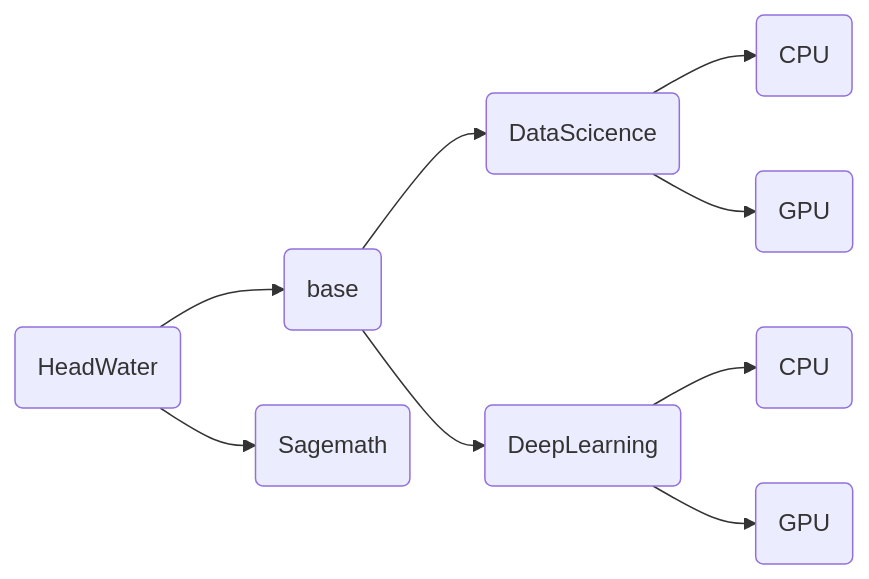
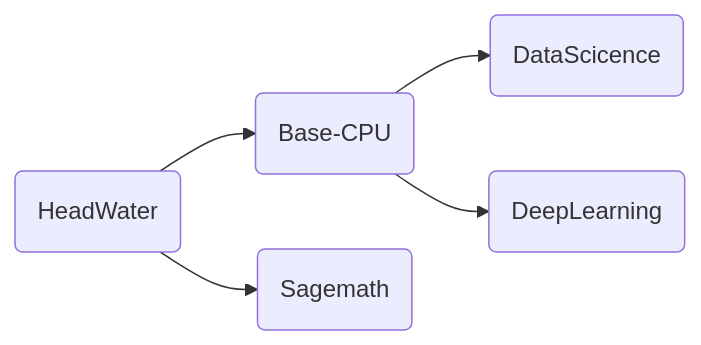
One commit to ben0i0d/jupyter-image-stacks changed the diagram in README.md. Above: the diagram before and after it, drawn with Mermaid. The commit also changed 9 other files, not shown here.

Commit message:
更新 README.md, datascience/cpu/Dockerfile, deeplearning/cpu/Dockerfile, base/cpu/Dockerfile, base/cpu/Rprofile.site, base/cpu/docker_healthcheck.py, base/cpu/jupyter_server_config.py, base/cpu/start-notebook.sh, base/cpu/start-singleuser.sh, .gitlab-ci.yml

````diff
--- a/README.md
+++ b/README.md
@@ -10,11 +10,7 @@
 ```mermaid
 	graph LR
-	A(HeadWater)-->B(base)
+	A(HeadWater)-->B(Base-CPU)
 	B-->C(DataScicence)
-	C-->E(CPU)
-	C-->F(GPU)
-    B-->D(DeepLearning)
-	D-->G(CPU)
-	D-->H(GPU)	
-    A-->I(Sagemath)
+    B-->D(DeepLearning)	
+    A-->E(Sagemath)
 ```
````
